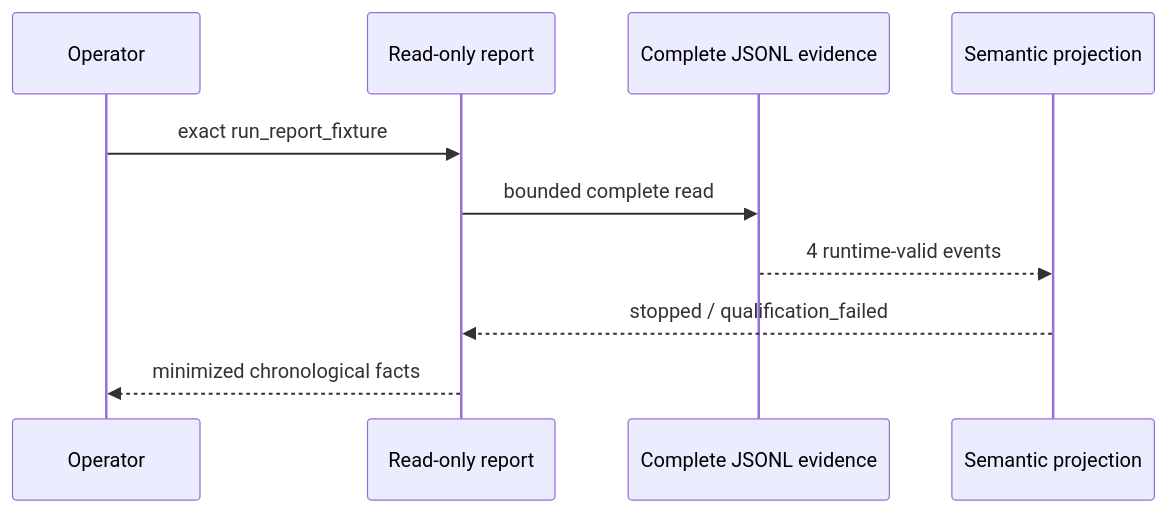
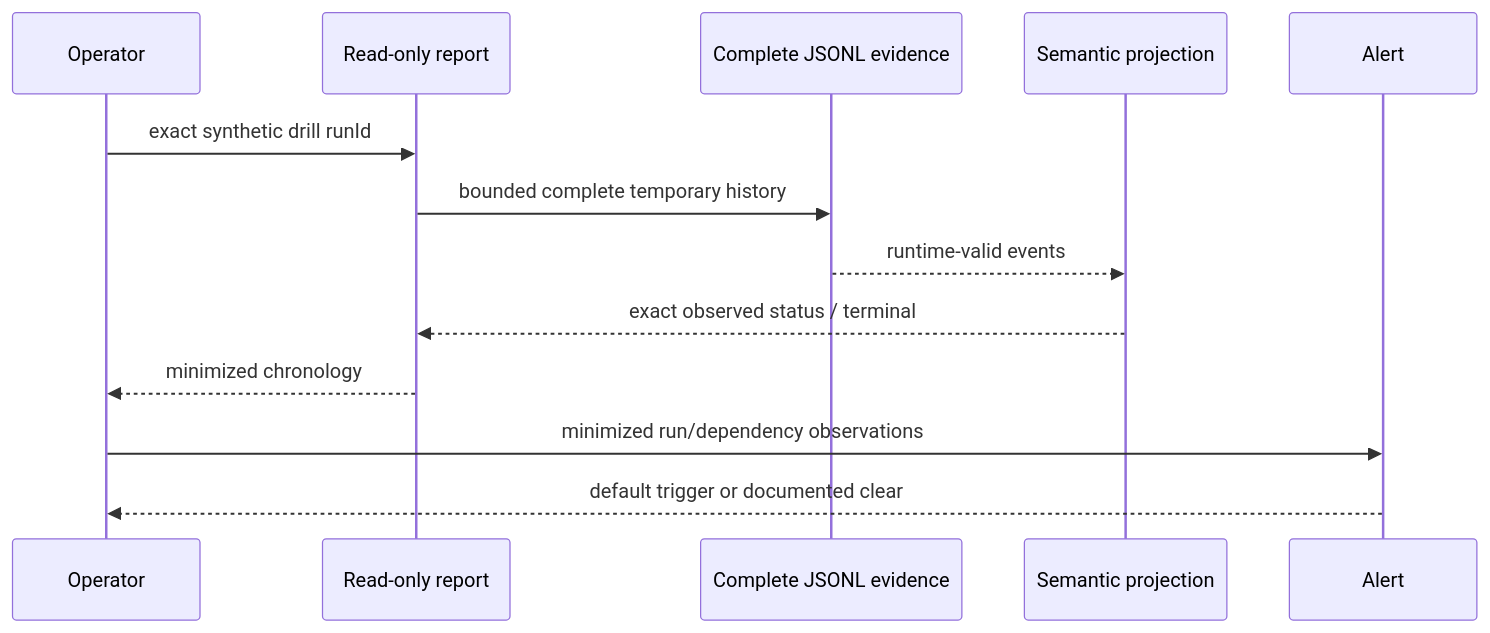
One commit to moshehbenavraham/production-agent-workshop changed the second of 2 diagrams in docs/build-log-week4.md. Above: the diagram before and after it, drawn with Mermaid. The commit also changed other lines of this file and 20 other files, not shown here.

````diff
--- a/docs/build-log-week4.md
+++ b/docs/build-log-week4.md
@@ -53,12 +60,14 @@
 ```mermaid
 sequenceDiagram
   participant Operator
   participant Report as Read-only report
   participant Events as Complete JSONL evidence
   participant Projection as Semantic projection
-  Operator->>Report: exact run_report_fixture
-  Report->>Events: bounded complete read
-  Events-->>Projection: 4 runtime-valid events
-  Projection-->>Report: stopped / qualification_failed
-  Report-->>Operator: minimized chronological facts
+  Operator->>Report: exact synthetic drill runId
+  Report->>Events: bounded complete temporary history
+  Events-->>Projection: runtime-valid events
+  Projection-->>Report: exact observed status / terminal
+  Report-->>Operator: minimized chronology
+  Operator->>Alert: minimized run/dependency observations
+  Alert-->>Operator: default trigger or documented clear
 ```
````
